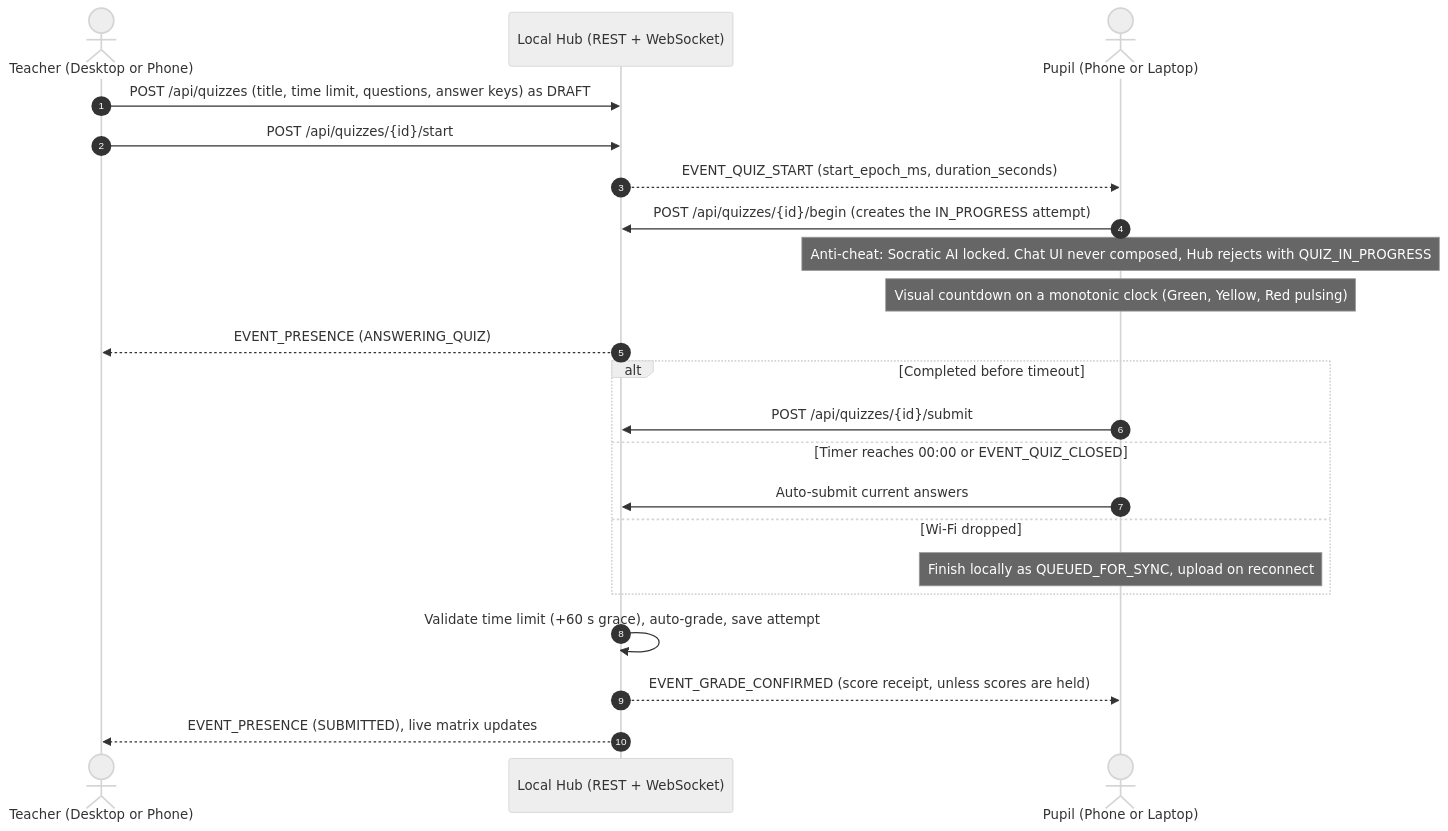
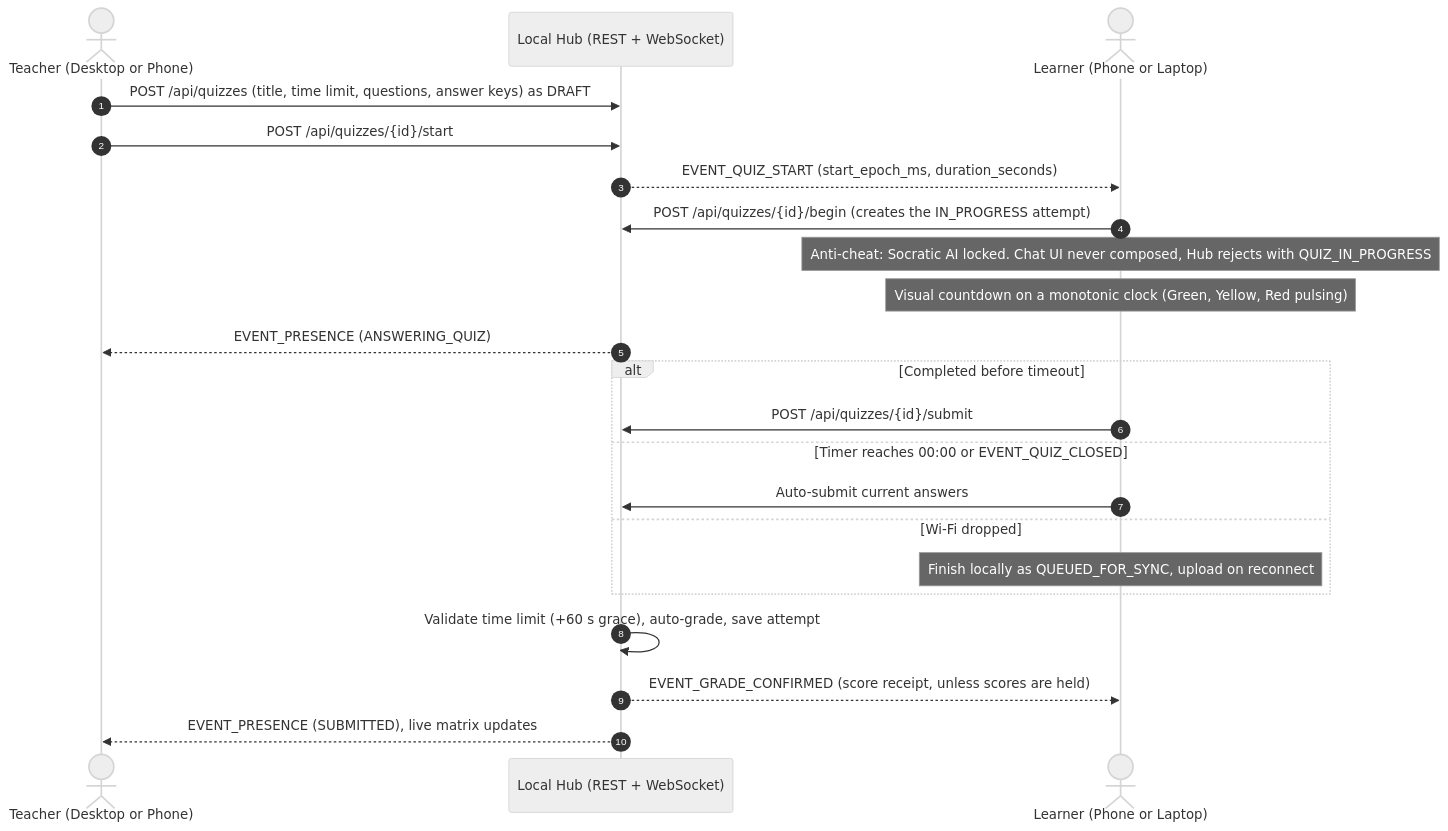
Before and after one commit to BootlegYouki/L.A.R.A: the second of 5 diagrams in docs/PRD.md, drawn with Mermaid (neutral theme). The commit also changed other lines of this file and 42 other files, not shown here.

````diff
--- a/docs/PRD.md
+++ b/docs/PRD.md
@@ -150,25 +150,25 @@
 ```mermaid
 sequenceDiagram
  autonumber
  actor Teacher as Teacher (Desktop or Phone)
  participant Hub as Local Hub (REST + WebSocket)
- actor Pupil as Pupil (Phone or Laptop)
+ actor Learner as Learner (Phone or Laptop)
 
  Teacher->>Hub: POST /api/quizzes (title, time limit, questions, answer keys) as DRAFT
  Teacher->>Hub: POST /api/quizzes/{id}/start
- Hub-->>Pupil: EVENT_QUIZ_START (start_epoch_ms, duration_seconds)
- Pupil->>Hub: POST /api/quizzes/{id}/begin (creates the IN_PROGRESS attempt)
- Note over Pupil: Anti-cheat: Socratic AI locked. Chat UI never composed, Hub rejects with QUIZ_IN_PROGRESS
- Note over Pupil: Visual countdown on a monotonic clock (Green, Yellow, Red pulsing)
+ Hub-->>Learner: EVENT_QUIZ_START (start_epoch_ms, duration_seconds)
+ Learner->>Hub: POST /api/quizzes/{id}/begin (creates the IN_PROGRESS attempt)
+ Note over Learner: Anti-cheat: Socratic AI locked. Chat UI never composed, Hub rejects with QUIZ_IN_PROGRESS
+ Note over Learner: Visual countdown on a monotonic clock (Green, Yellow, Red pulsing)
  Hub-->>Teacher: EVENT_PRESENCE (ANSWERING_QUIZ)
  alt Completed before timeout
- Pupil->>Hub: POST /api/quizzes/{id}/submit
+ Learner->>Hub: POST /api/quizzes/{id}/submit
  else Timer reaches 00:00 or EVENT_QUIZ_CLOSED
- Pupil->>Hub: Auto-submit current answers
+ Learner->>Hub: Auto-submit current answers
  else Wi-Fi dropped
- Note over Pupil: Finish locally as QUEUED_FOR_SYNC, upload on reconnect
+ Note over Learner: Finish locally as QUEUED_FOR_SYNC, upload on reconnect
  end
  Hub->>Hub: Validate time limit (+60 s grace), auto-grade, save attempt
- Hub-->>Pupil: EVENT_GRADE_CONFIRMED (score receipt, unless scores are held)
+ Hub-->>Learner: EVENT_GRADE_CONFIRMED (score receipt, unless scores are held)
  Hub-->>Teacher: EVENT_PRESENCE (SUBMITTED), live matrix updates
 ```
````
